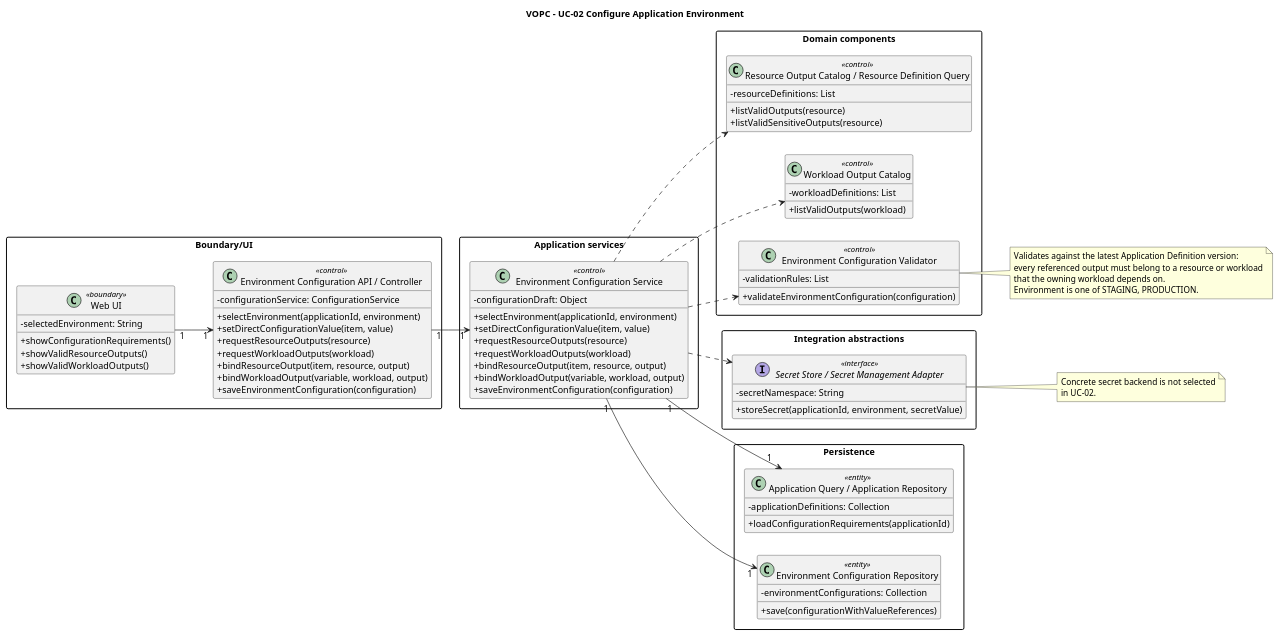
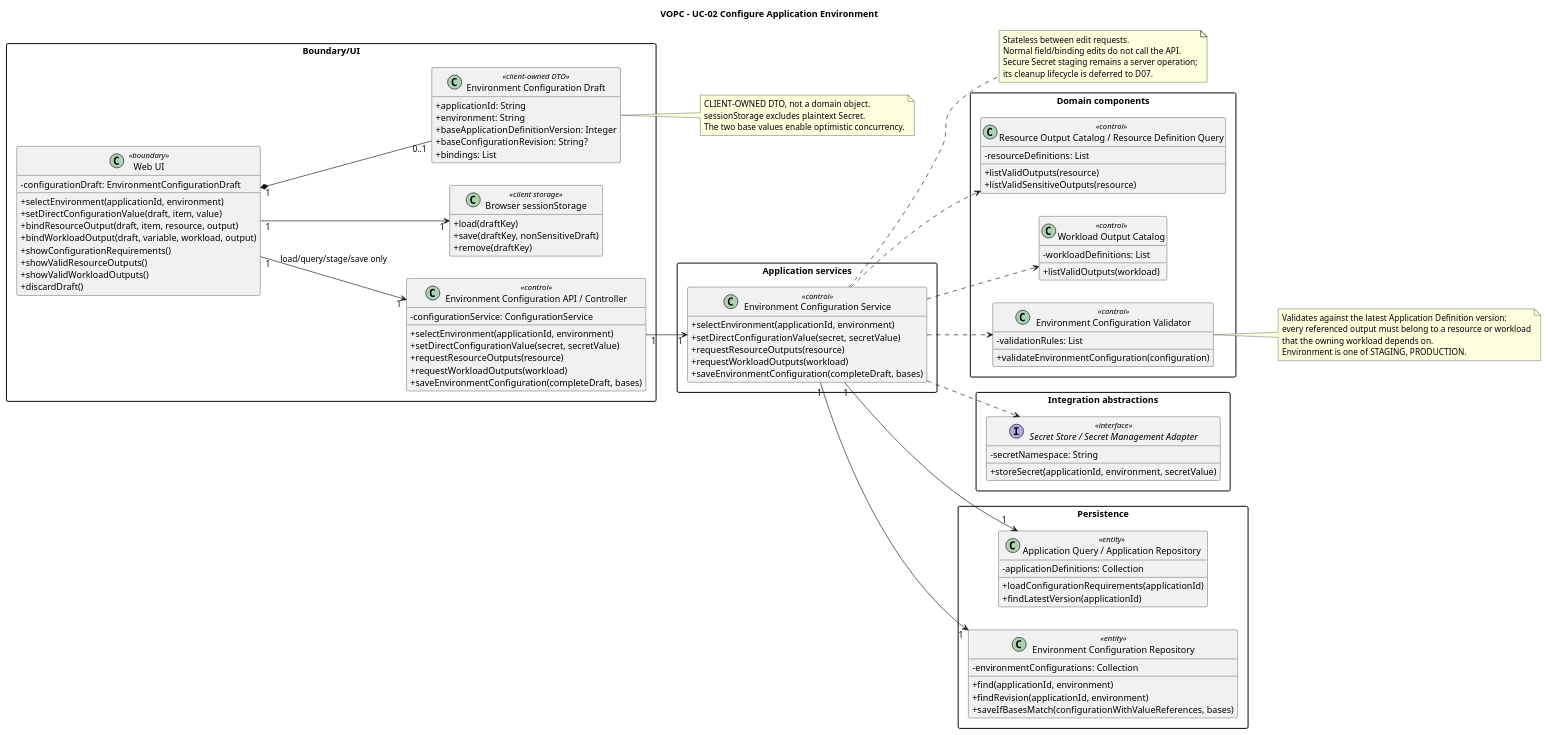
Before and after one commit to pr3s3nt/final_idp: the diagram in docs/use-cases/UC-02/vopc.puml, drawn with PlantUML. The commit also changed 19 other files, not shown here.

Commit message:
docs: resolve browser-owned draft lifecycle

```diff
--- a/docs/use-cases/UC-02/vopc.puml
+++ b/docs/use-cases/UC-02/vopc.puml
@@ -1,96 +1,121 @@
 @startuml
 title VOPC - UC-02 Configure Application Environment
 
 left to right direction
 skinparam packageStyle rectangle
 skinparam classAttributeIconSize 0
 hide empty members
 
 package "Boundary/UI" {
   class "Web UI" as WebUI <<boundary>> {
-    -selectedEnvironment: String
+    -configurationDraft: EnvironmentConfigurationDraft
+    +selectEnvironment(applicationId, environment)
+    +setDirectConfigurationValue(draft, item, value)
+    +bindResourceOutput(draft, item, resource, output)
+    +bindWorkloadOutput(draft, variable, workload, output)
     +showConfigurationRequirements()
     +showValidResourceOutputs()
     +showValidWorkloadOutputs()
+    +discardDraft()
+  }
+  class "Environment Configuration Draft" as ConfigurationDraft <<client-owned DTO>> {
+    +applicationId: String
+    +environment: String
+    +baseApplicationDefinitionVersion: Integer
+    +baseConfigurationRevision: String?
+    +bindings: List
+  }
+  class "Browser sessionStorage" as DraftStore <<client storage>> {
+    +load(draftKey)
+    +save(draftKey, nonSensitiveDraft)
+    +remove(draftKey)
   }
   class "Environment Configuration API / Controller" as API <<control>> {
     -configurationService: ConfigurationService
     +selectEnvironment(applicationId, environment)
-    +setDirectConfigurationValue(item, value)
+    +setDirectConfigurationValue(secret, secretValue)
     +requestResourceOutputs(resource)
     +requestWorkloadOutputs(workload)
-    +bindResourceOutput(item, resource, output)
-    +bindWorkloadOutput(variable, workload, output)
-    +saveEnvironmentConfiguration(configuration)
+    +saveEnvironmentConfiguration(completeDraft, bases)
   }
 }
 
 package "Application services" {
   class "Environment Configuration Service" as ConfigurationService <<control>> {
-    -configurationDraft: Object
     +selectEnvironment(applicationId, environment)
-    +setDirectConfigurationValue(item, value)
+    +setDirectConfigurationValue(secret, secretValue)
     +requestResourceOutputs(resource)
     +requestWorkloadOutputs(workload)
-    +bindResourceOutput(item, resource, output)
-    +bindWorkloadOutput(variable, workload, output)
-    +saveEnvironmentConfiguration(configuration)
+    +saveEnvironmentConfiguration(completeDraft, bases)
   }
 }
 
 package "Domain components" {
   class "Resource Output Catalog / Resource Definition Query" as ResourceCatalog <<control>> {
     -resourceDefinitions: List
     +listValidOutputs(resource)
     +listValidSensitiveOutputs(resource)
   }
   class "Workload Output Catalog" as WorkloadCatalog <<control>> {
     -workloadDefinitions: List
     +listValidOutputs(workload)
   }
   class "Environment Configuration Validator" as Validator <<control>> {
     -validationRules: List
     +validateEnvironmentConfiguration(configuration)
   }
 }
 
 package "Integration abstractions" {
   interface "Secret Store / Secret Management Adapter" as SecretStore <<interface>> {
     -secretNamespace: String
     +storeSecret(applicationId, environment, secretValue)
   }
 }
 
 package "Persistence" {
   class "Application Query / Application Repository" as AppQuery <<entity>> {
     -applicationDefinitions: Collection
     +loadConfigurationRequirements(applicationId)
+    +findLatestVersion(applicationId)
   }
   class "Environment Configuration Repository" as ConfigRepo <<entity>> {
     -environmentConfigurations: Collection
-    +save(configurationWithValueReferences)
+    +find(applicationId, environment)
+    +findRevision(applicationId, environment)
+    +saveIfBasesMatch(configurationWithValueReferences, bases)
   }
 }
 
-WebUI "1" --> "1" API
+WebUI "1" *-- "0..1" ConfigurationDraft
+WebUI "1" --> "1" DraftStore
+WebUI "1" --> "1" API : load/query/stage/save only
 API "1" --> "1" ConfigurationService
 ConfigurationService "1" --> "1" AppQuery
 ConfigurationService ..> ResourceCatalog
 ConfigurationService ..> WorkloadCatalog
 ConfigurationService ..> Validator
 ConfigurationService ..> SecretStore
 ConfigurationService "1" --> "1" ConfigRepo
 
-note right of SecretStore
-  Concrete secret backend is not selected
-  in UC-02.
+note right of ConfigurationDraft
+  CLIENT-OWNED DTO, not a domain object.
+  sessionStorage excludes plaintext Secret.
+  The two base values enable optimistic concurrency.
+end note
+
+note right of ConfigurationService
+  Stateless between edit requests.
+  Normal field/binding edits do not call the API.
+  Secure Secret staging remains a server operation;
+  its cleanup lifecycle is deferred to D07.
 end note
 
 note right of Validator
   Validates against the latest Application Definition version:
   every referenced output must belong to a resource or workload
   that the owning workload depends on.
   Environment is one of STAGING, PRODUCTION.
 end note
 
 @enduml
```
